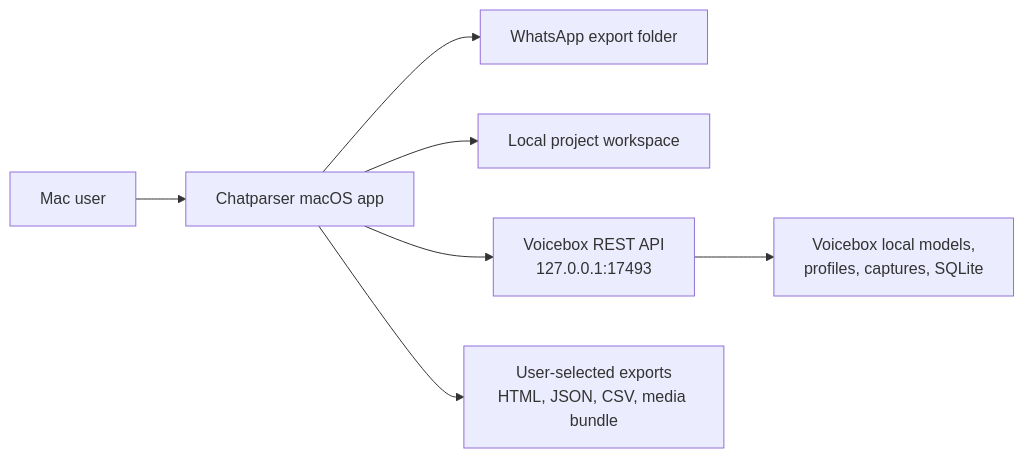
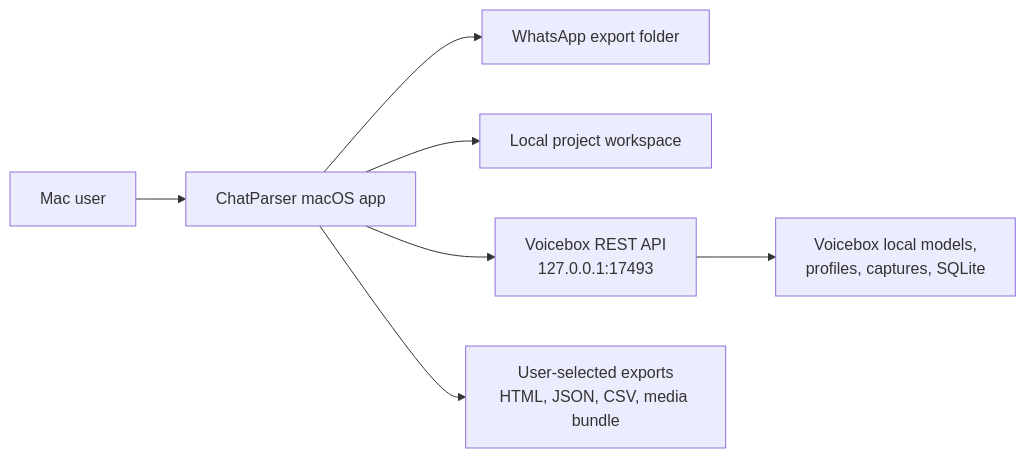
The first of 2 diagrams in docs/architecture.md (sealad886/chatparser), drawn with Mermaid before and after one commit. The commit also changed other lines of this file and 17 other files, not shown here.

````diff
--- a/docs/architecture.md
+++ b/docs/architecture.md
@@ -56,9 +56,9 @@
 ```mermaid
 flowchart LR
-    User["Mac user"] --> App["Chatparser macOS app"]
+    User["Mac user"] --> App["ChatParser macOS app"]
     App --> Source["WhatsApp export folder"]
     App --> Store["Local project workspace"]
     App --> Voicebox["Voicebox REST API\n127.0.0.1:17493"]
     Voicebox --> VBData["Voicebox local models,\nprofiles, captures, SQLite"]
     App --> Exports["User-selected exports\nHTML, JSON, CSV, media bundle"]
 ```
````
